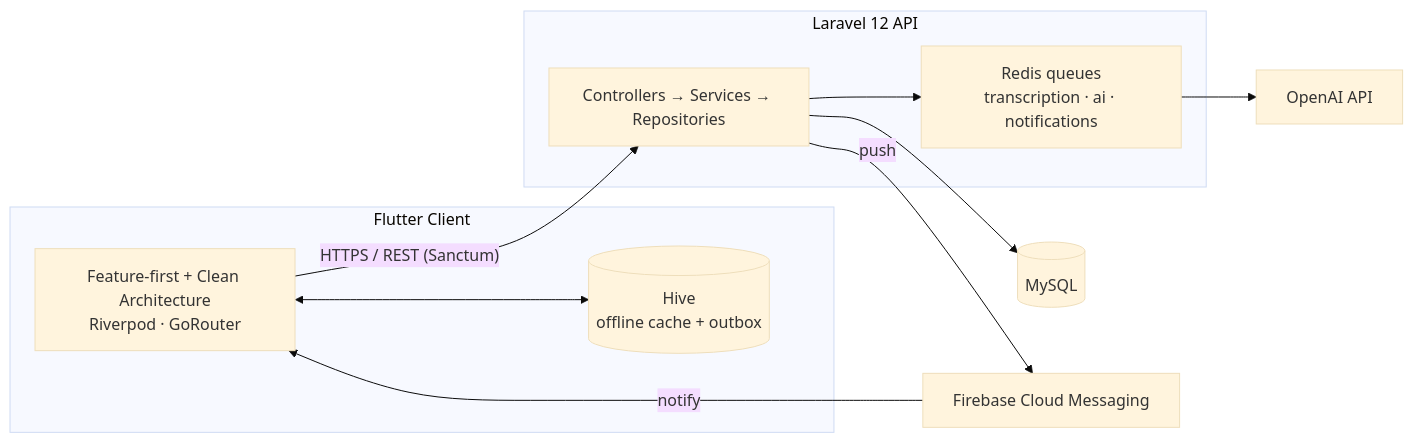
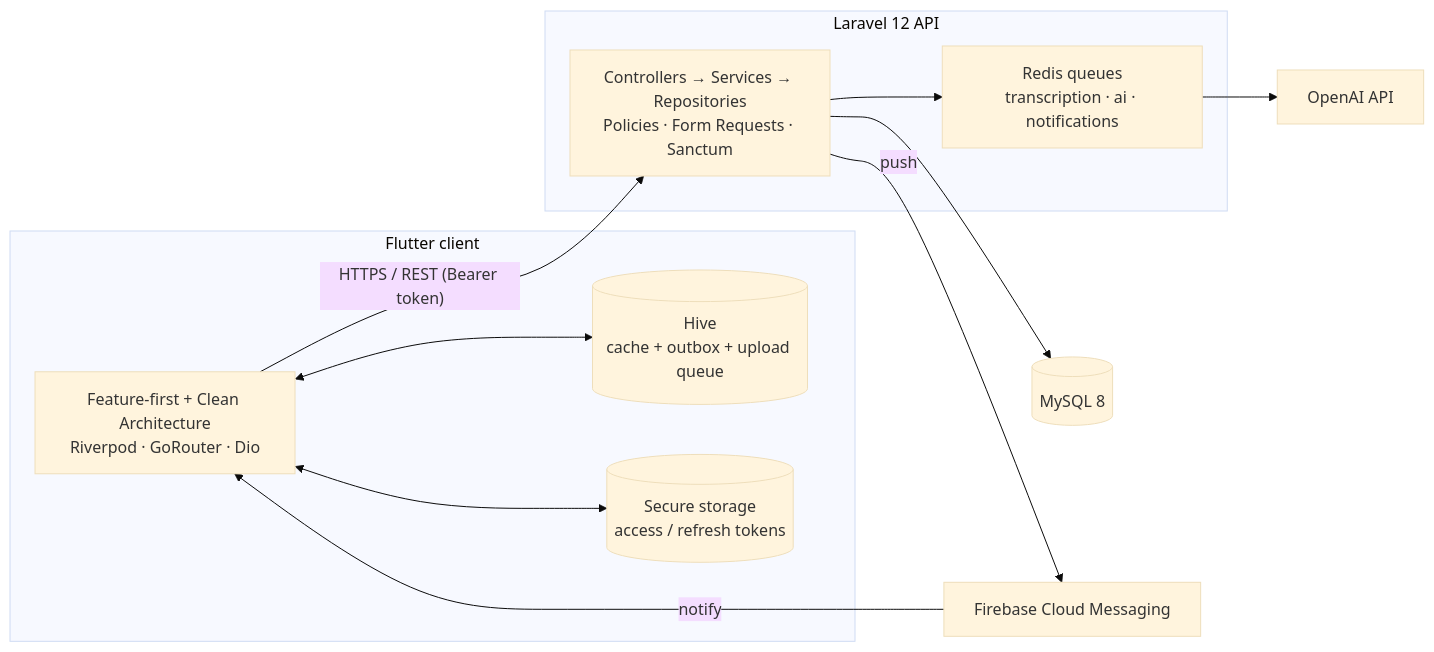
One commit to bashii110/MeetMind changed the second of 3 diagrams in README.md. Above: the diagram before and after it, drawn with Mermaid (base theme). The commit also changed other lines of this file, not shown here.

````diff
--- a/README.md
+++ b/README.md
@@ -36,24 +196,26 @@
 ```mermaid
 flowchart LR
-    subgraph Client["Flutter Client"]
-        UI["Feature-first + Clean Architecture\nRiverpod · GoRouter"]
-        Cache[("Hive\noffline cache + outbox")]
+    subgraph Client["Flutter client"]
+        UI["Feature-first + Clean Architecture<br/>Riverpod · GoRouter · Dio"]
+        Cache[("Hive<br/>cache + outbox + upload queue")]
+        Secure[("Secure storage<br/>access / refresh tokens")]
         UI <--> Cache
+        UI <--> Secure
     end
 
     subgraph Server["Laravel 12 API"]
-        API["Controllers → Services → Repositories"]
-        Queue["Redis queues\ntranscription · ai · notifications"]
+        API["Controllers → Services → Repositories<br/>Policies · Form Requests · Sanctum"]
+        Queue["Redis queues<br/>transcription · ai · notifications"]
         API --> Queue
     end
 
-    DB[("MySQL")]
+    DB[("MySQL 8")]
     AI["OpenAI API"]
     FCM["Firebase Cloud Messaging"]
 
-    UI -- "HTTPS / REST (Sanctum)" --> API
+    UI -- "HTTPS / REST (Bearer token)" --> API
     API --> DB
     Queue --> AI
     API -- push --> FCM
     FCM -- notify --> UI
 ```
````
